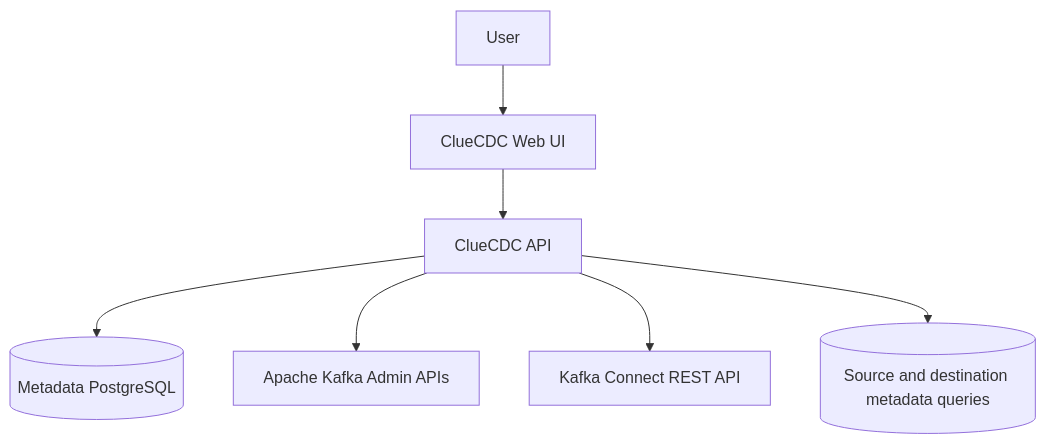
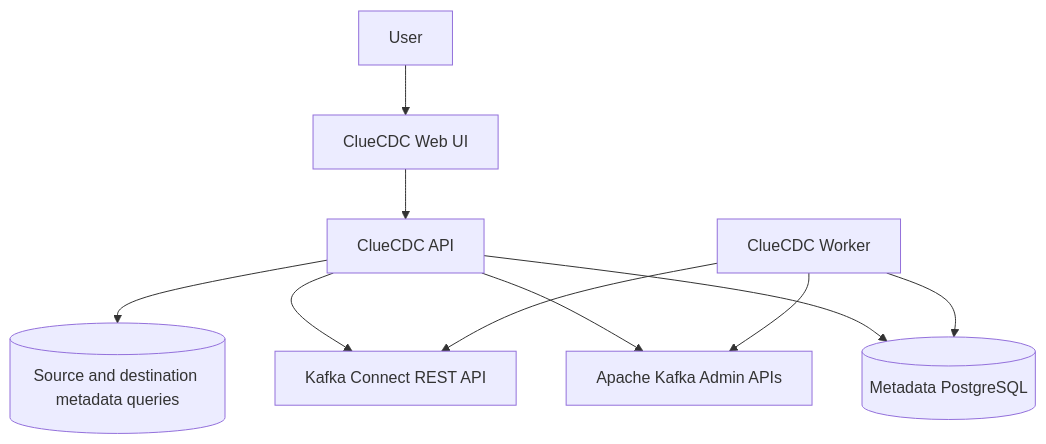
Before and after one commit to cluedata/cluecdc: the first of 3 diagrams in docs/architecture/overview.md, drawn with Mermaid. The commit also changed other lines of this file and 161 other files, not shown here.

````diff
--- a/docs/architecture/overview.md
+++ b/docs/architecture/overview.md
@@ -9,17 +10,21 @@
 ```mermaid
 flowchart TB
     User[User]
     UI[ClueCDC Web UI]
     API[ClueCDC API]
+    Worker[ClueCDC Worker]
     DB[(Metadata PostgreSQL)]
     Kafka[Apache Kafka Admin APIs]
     Connect[Kafka Connect REST API]
     Sources[(Source and destination metadata queries)]
 
     User --> UI
     UI --> API
     API --> DB
     API --> Kafka
     API --> Connect
     API --> Sources
+    Worker --> DB
+    Worker --> Connect
+    Worker --> Kafka
 ```
````
